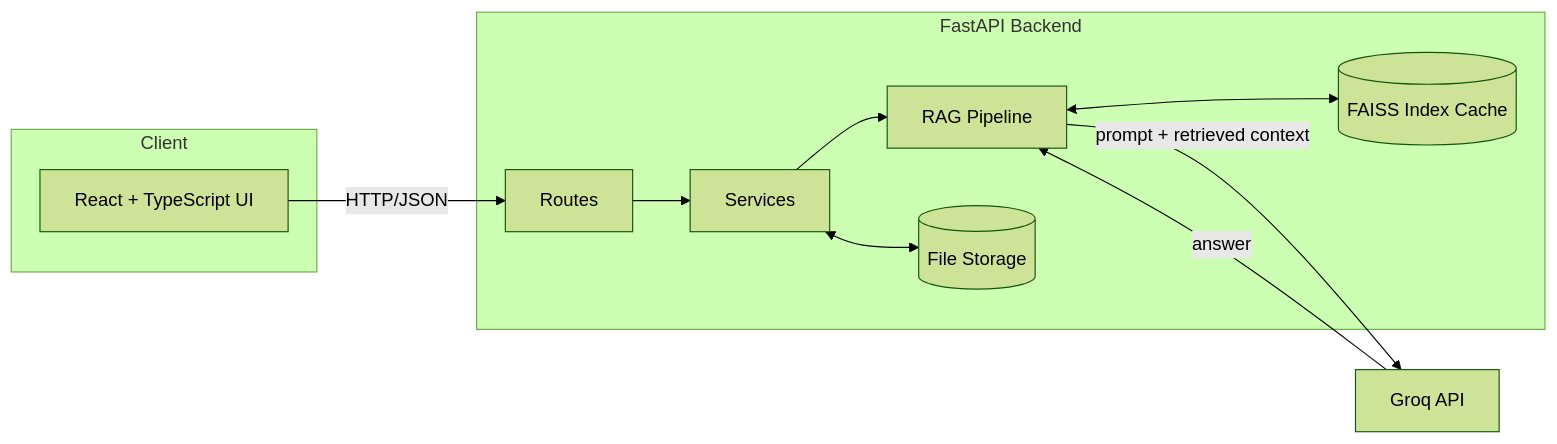
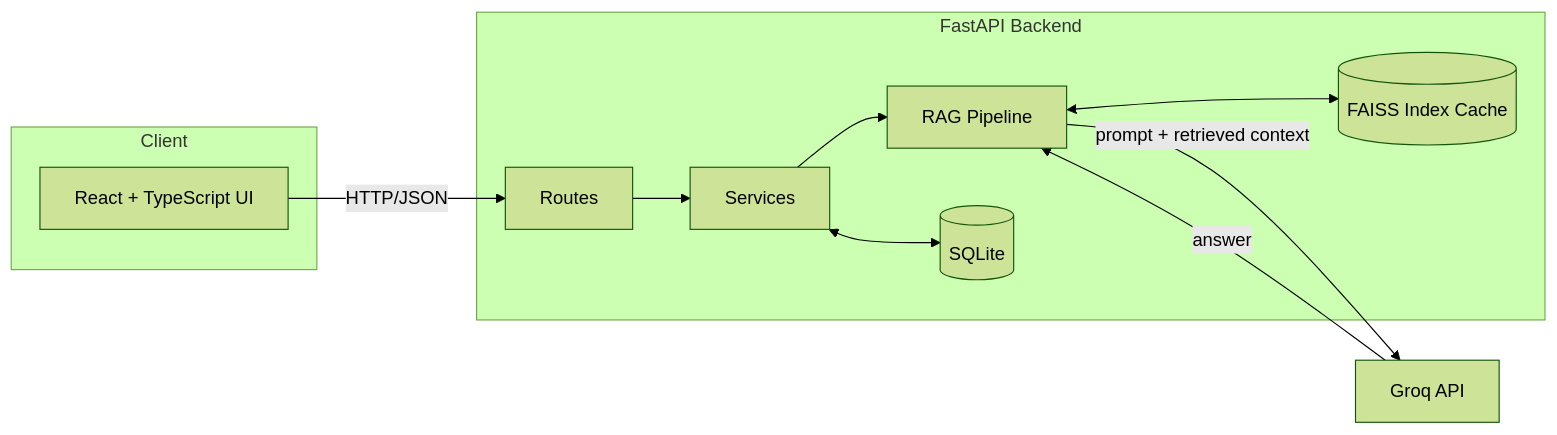
One commit to Abdullah-PyDev/MemoAI changed the diagram in README.md. Above: the diagram before and after it, drawn with Mermaid (forest theme). The commit also changed other lines of this file, not shown here.

First line of the commit message:
Change storage reference from file-based to SQLite

````diff
--- a/README.md
+++ b/README.md
@@ -62,24 +62,24 @@
 ```mermaid
 flowchart LR
     subgraph Client
         UI[React + TypeScript UI]
     end
 
     subgraph Backend [FastAPI Backend]
         API[Routes]
         SVC[Services]
         RAG[RAG Pipeline]
         IDX[(FAISS Index Cache)]
-        STORE[(File Storage)]
+        DB[(SQLite)]
     end
 
     LLM[Groq API]
 
     UI -- HTTP/JSON --> API
     API --> SVC
     SVC --> RAG
     RAG <--> IDX
-    SVC <--> STORE
+    SVC <--> DB
     RAG -- prompt + retrieved context --> LLM
     LLM -- answer --> RAG
 ```
````
